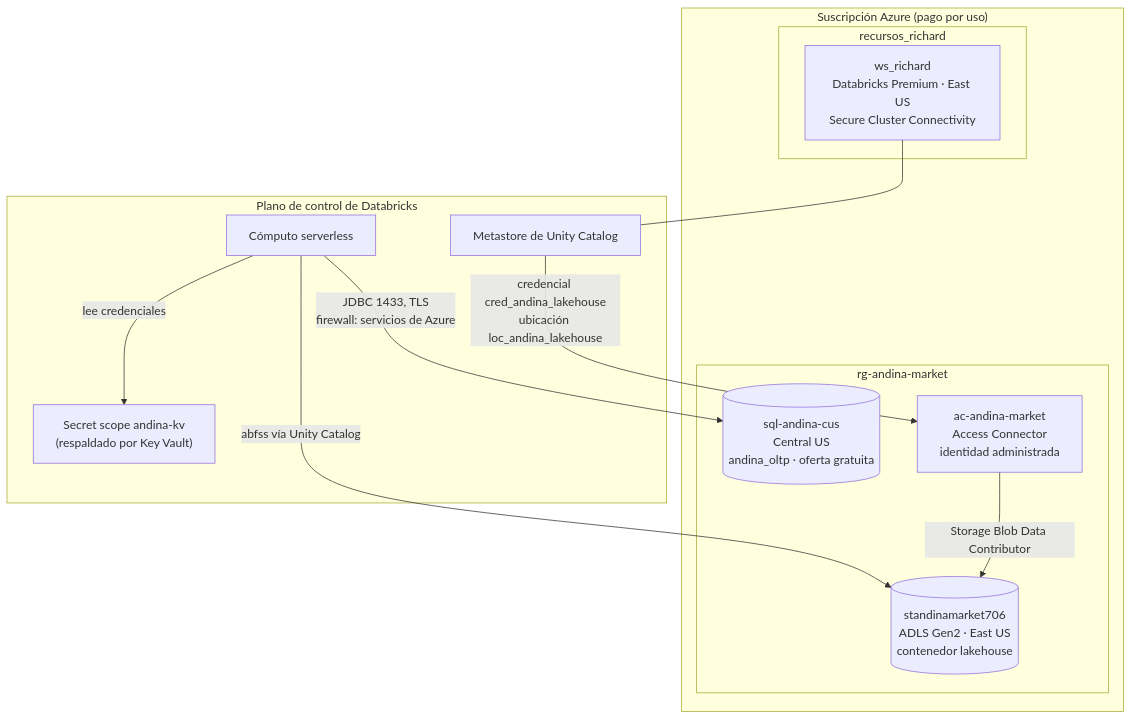
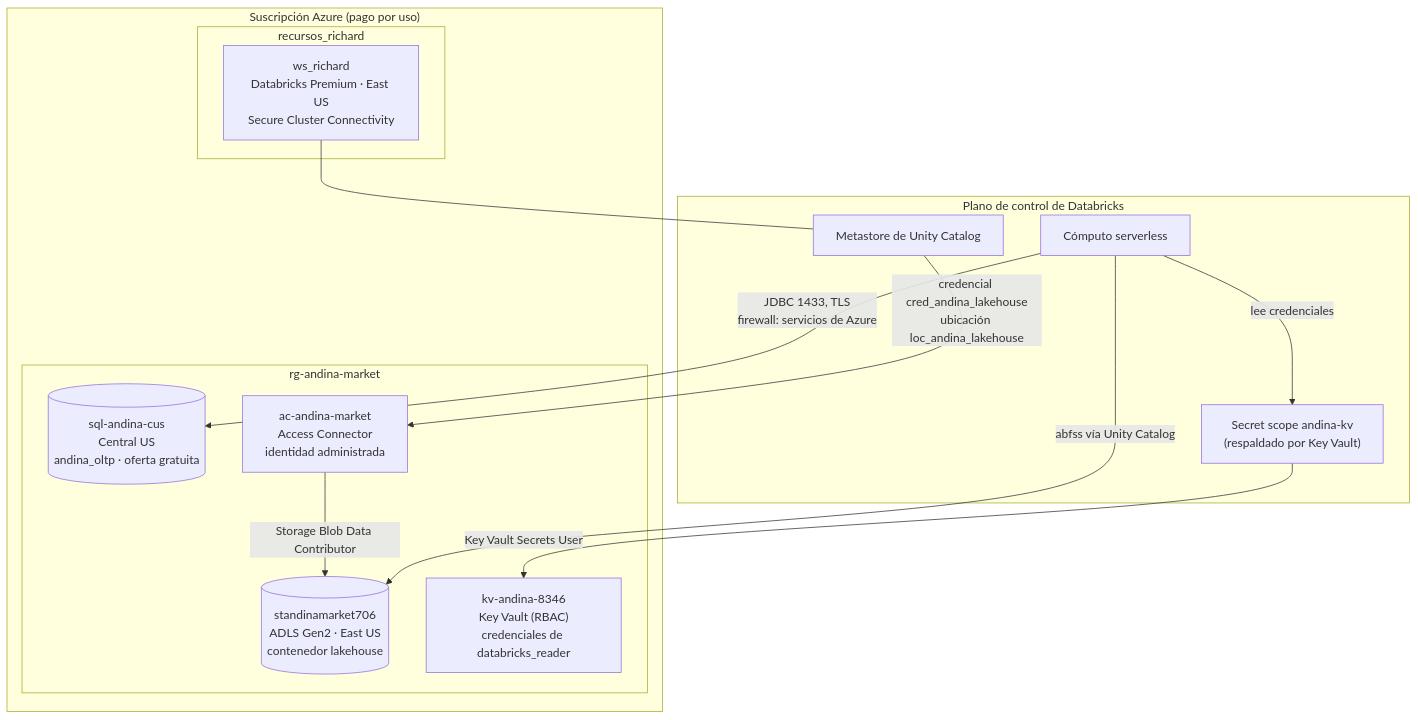
One commit to richardyony/andina-market changed the third of 3 diagrams in docs/arquitectura.md. Above: the diagram before and after it, drawn with Mermaid. The commit also changed other lines of this file and 4 other files, not shown here.

First line of the commit message:
Diagramas de arquitectura del nivel 1 en PNG y en el README

````diff
--- a/docs/arquitectura.md
+++ b/docs/arquitectura.md
@@ -104,24 +104,26 @@
 ```mermaid
 flowchart TB
     subgraph SUB["Suscripción Azure (pago por uso)"]
         subgraph RG1["rg-andina-market"]
             SQLS[("sql-andina-cus<br/>Central US<br/>andina_oltp · oferta gratuita")]
             ST[("standinamarket706<br/>ADLS Gen2 · East US<br/>contenedor lakehouse")]
             AC["ac-andina-market<br/>Access Connector<br/>identidad administrada"]
+            KV["kv-andina-8346<br/>Key Vault (RBAC)<br/>credenciales de databricks_reader"]
         end
         subgraph RG2["recursos_richard"]
             WS["ws_richard<br/>Databricks Premium · East US<br/>Secure Cluster Connectivity"]
         end
     end
     subgraph DBX["Plano de control de Databricks"]
         MS["Metastore de Unity Catalog"]
         SEC["Secret scope andina-kv<br/>(respaldado por Key Vault)"]
         SRV["Cómputo serverless"]
     end
     AC -->|Storage Blob Data Contributor| ST
     MS -->|credencial cred_andina_lakehouse<br/>ubicación loc_andina_lakehouse| AC
     WS --- MS
     SRV -->|JDBC 1433, TLS<br/>firewall: servicios de Azure| SQLS
     SRV -->|lee credenciales| SEC
+    SEC -->|Key Vault Secrets User| KV
     SRV -->|abfss vía Unity Catalog| ST
 ```
````
